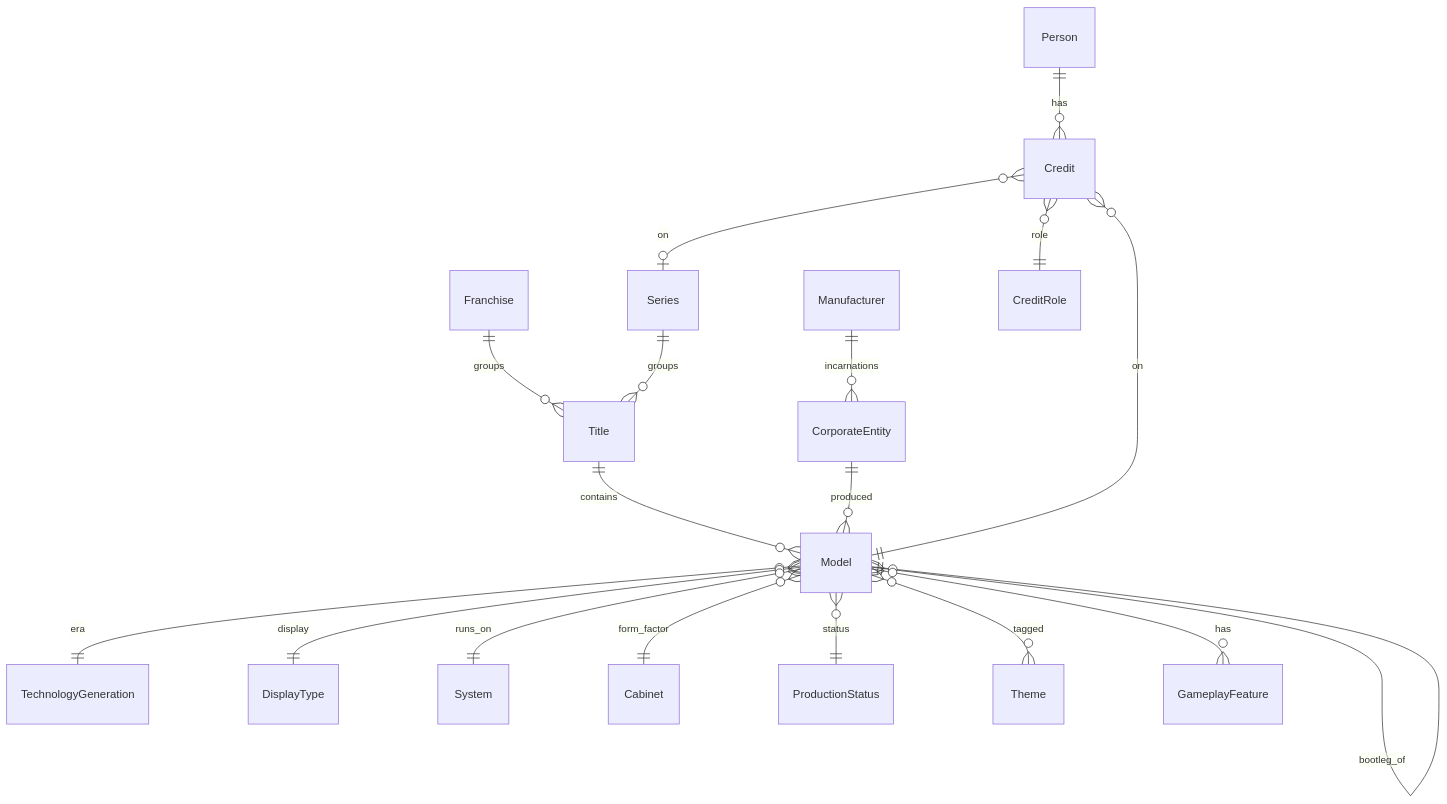
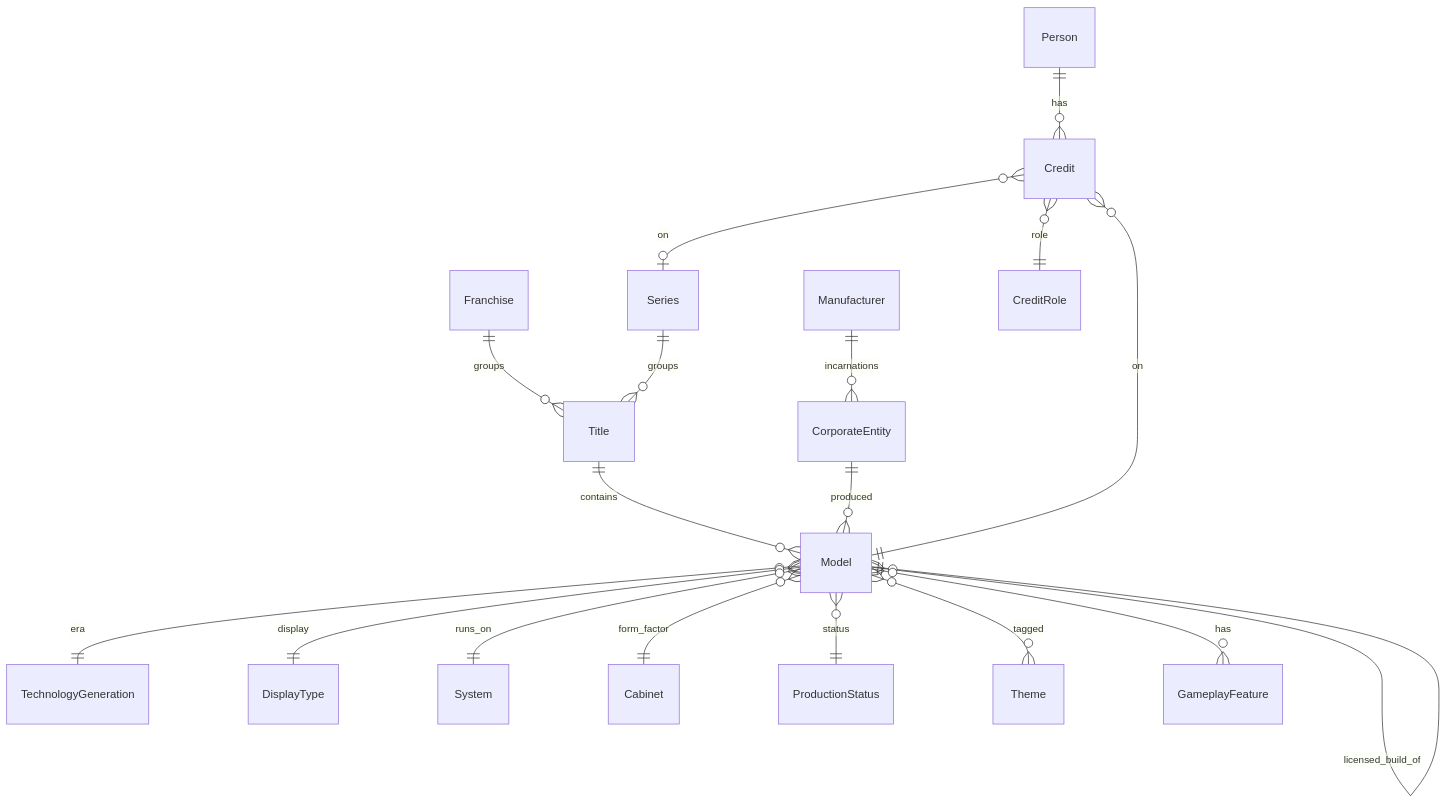
The diagram in docs/DomainModel.md (The-Flip/flipcommons), drawn with Mermaid before and after one commit. The commit also changed other lines of this file and 20 other files, not shown here.

First line of the commit message:
feat(catalog): add licensed_build_of model lineage relation

````diff
--- a/docs/DomainModel.md
+++ b/docs/DomainModel.md
@@ -5,27 +5,28 @@
 ```mermaid
 erDiagram
     Franchise ||--o{ Title : groups
     Series ||--o{ Title : groups
     Title ||--o{ Model : contains
 
     Model ||--o{ Model : variant_of
     Model ||--o{ Model : remake_of
     Model ||--o{ Model : converted_from
     Model ||--o{ Model : bootleg_of
+    Model ||--o{ Model : licensed_build_of
 
     Manufacturer ||--o{ CorporateEntity : incarnations
     CorporateEntity ||--o{ Model : produced
 
     Person ||--o{ Credit : has
     Credit }o--|| Model : "on"
     Credit }o--|| CreditRole : role
     Credit }o--o| Series : "on"
 
     Model }o--|| TechnologyGeneration : era
     Model }o--|| DisplayType : display
     Model }o--|| System : runs_on
     Model }o--|| Cabinet : form_factor
     Model }o--|| ProductionStatus : status
     Model }o--o{ Theme : tagged
     Model }o--o{ GameplayFeature : has
 ```
````
